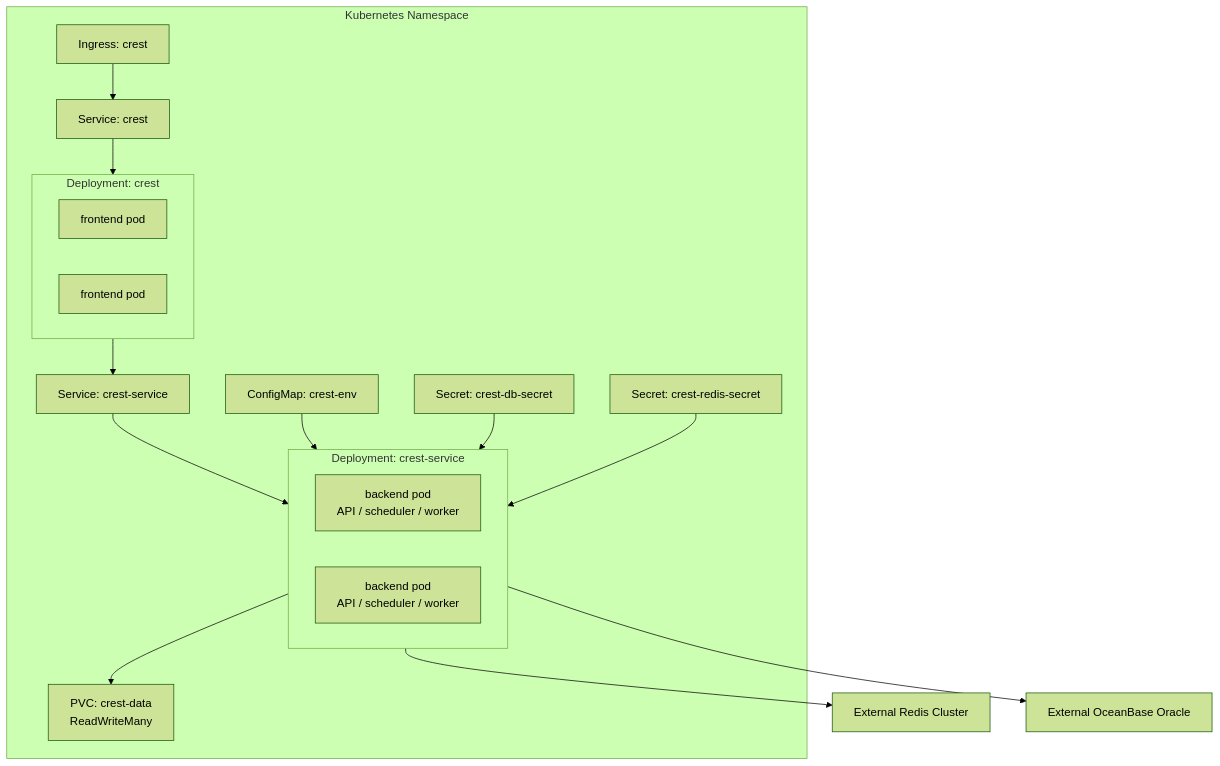
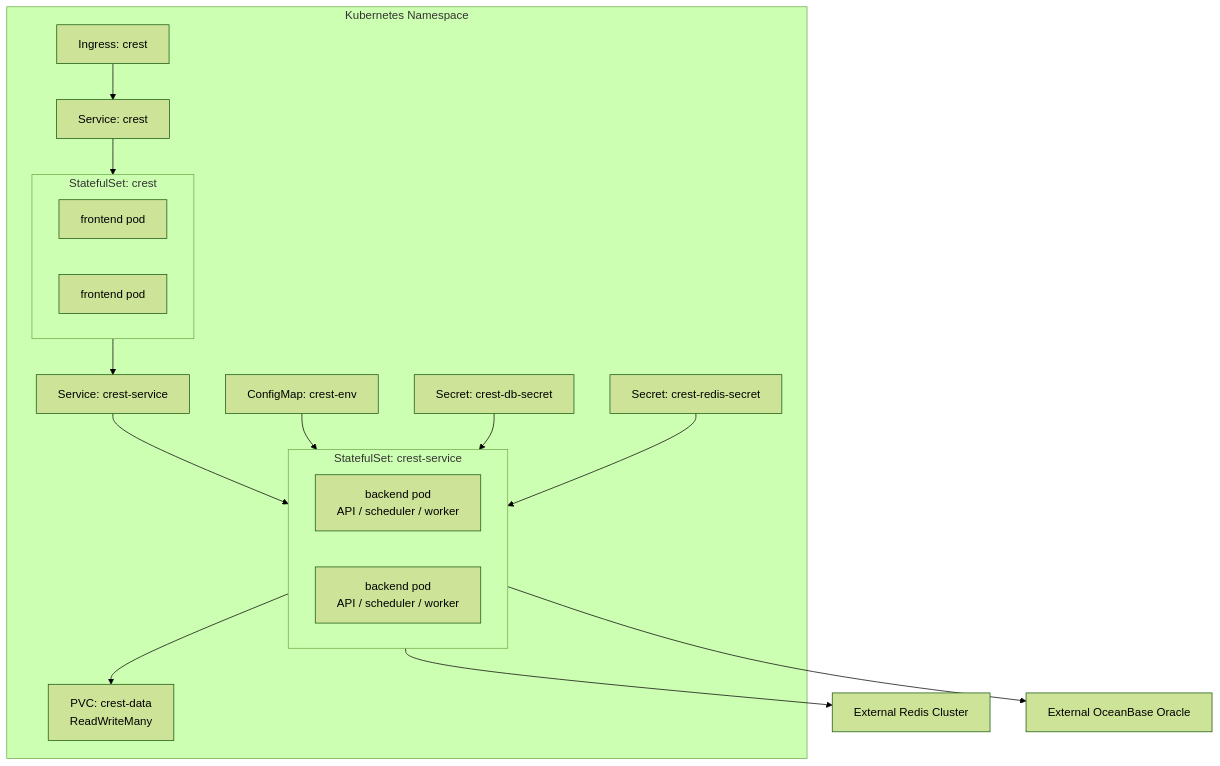
One commit to sevoniva/crest-core changed the second of 4 diagrams in docs/architecture-design.md. Above: the diagram before and after it, drawn with Mermaid (forest theme). The commit also changed other lines of this file and 30 other files, not shown here.

````diff
--- a/docs/architecture-design.md
+++ b/docs/architecture-design.md
@@ -44,35 +44,35 @@
 ```mermaid
 flowchart TB
   subgraph cluster["Kubernetes Namespace"]
     ingress["Ingress: crest"]
     websvc["Service: crest"]
     apisvc["Service: crest-service"]
 
-    subgraph web["Deployment: crest"]
+    subgraph web["StatefulSet: crest"]
       web1["frontend pod"]
       web2["frontend pod"]
     end
 
-    subgraph api["Deployment: crest-service"]
+    subgraph api["StatefulSet: crest-service"]
       api1["backend pod\nAPI / scheduler / worker"]
       api2["backend pod\nAPI / scheduler / worker"]
     end
 
     pvc["PVC: crest-data\nReadWriteMany"]
     cm["ConfigMap: crest-env"]
     dbsecret["Secret: crest-db-secret"]
     redissecret["Secret: crest-redis-secret"]
   end
 
   redis["External Redis Cluster"]
   ob["External OceanBase Oracle"]
 
   ingress --> websvc --> web
   web --> apisvc --> api
   api --> redis
   api --> ob
   api --> pvc
   cm --> api
   dbsecret --> api
   redissecret --> api
 ```
````
